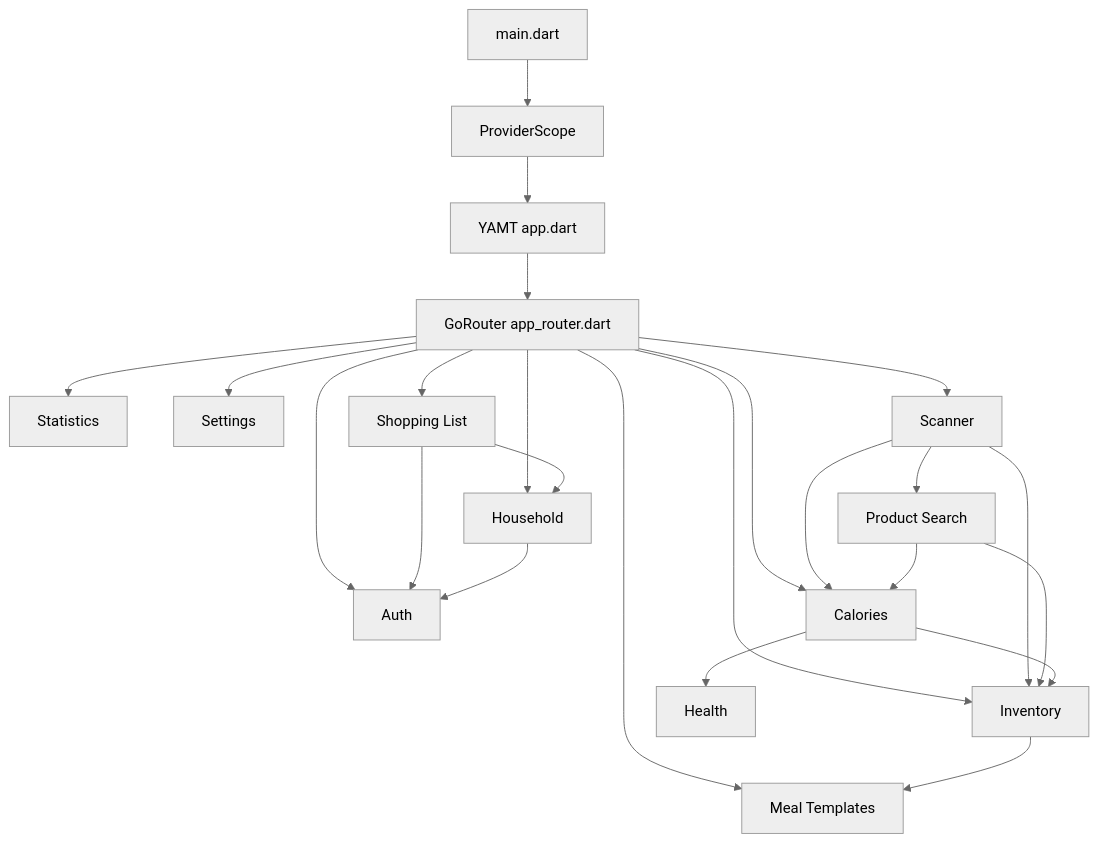
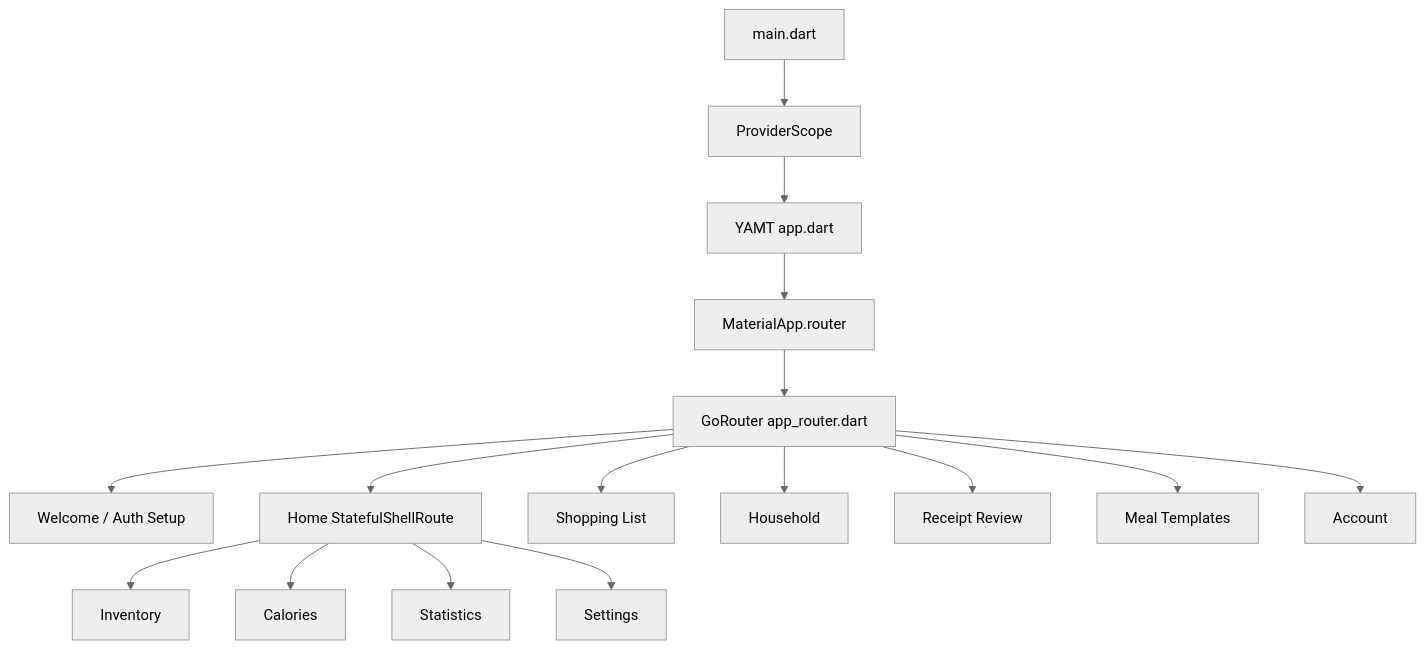
Before and after one commit to repinw/yamt: the first of 3 diagrams in docs/architecture.md, drawn with Mermaid (neutral theme). The commit also changed other lines of this file and 18 other files, not shown here.

````diff
--- a/docs/architecture.md
+++ b/docs/architecture.md
@@ -12,33 +29,21 @@
 ```mermaid
 flowchart TD
   Main[main.dart] --> Scope[ProviderScope]
   Scope --> App[YAMT app.dart]
-  App --> Router[GoRouter app_router.dart]
+  App --> MaterialApp[MaterialApp.router]
+  MaterialApp --> Router[GoRouter app_router.dart]
 
-  Router --> Auth[Auth]
-  Router --> Inventory[Inventory]
-  Router --> Calories[Calories]
-  Router --> Statistics[Statistics]
-  Router --> Settings[Settings]
+  Router --> Welcome[Welcome / Auth Setup]
+  Router --> HomeShell[Home StatefulShellRoute]
+
+  HomeShell --> InventoryTab[Inventory]
+  HomeShell --> CaloriesTab[Calories]
+  HomeShell --> StatisticsTab[Statistics]
+  HomeShell --> SettingsTab[Settings]
+
   Router --> ShoppingList[Shopping List]
   Router --> Household[Household]
-  Router --> Scanner[Scanner]
+  Router --> ReceiptReview[Receipt Review]
   Router --> MealTemplates[Meal Templates]
-
-  Scanner --> ProductSearch[Product Search]
-  Scanner --> Inventory
-  Scanner --> Calories
-
-  ProductSearch --> Inventory
-  ProductSearch --> Calories
-
-  Calories --> Health[Health]
-  Calories --> Inventory
-
-  ShoppingList --> Household
-  ShoppingList --> Auth
-
-  Household --> Auth
-
-  Inventory --> MealTemplates
+  Router --> Account[Account]
 ```
````
